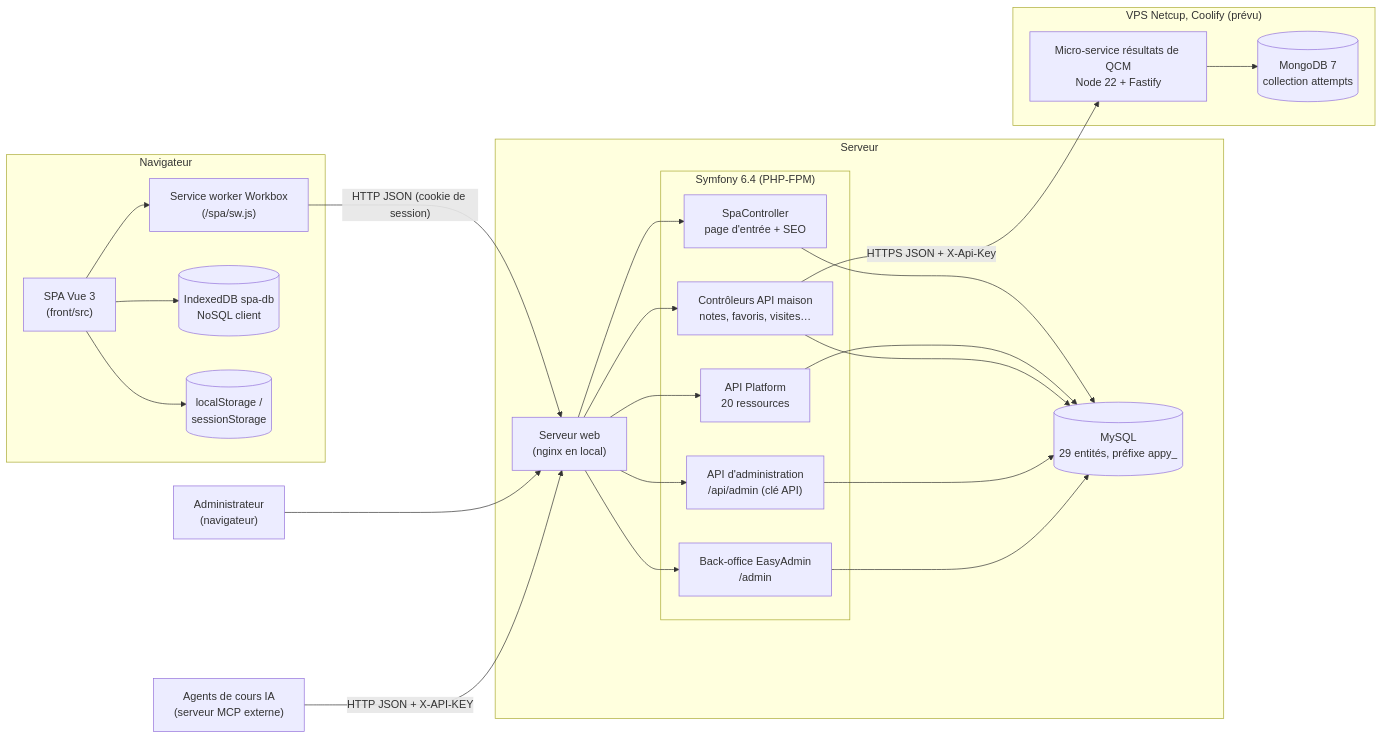
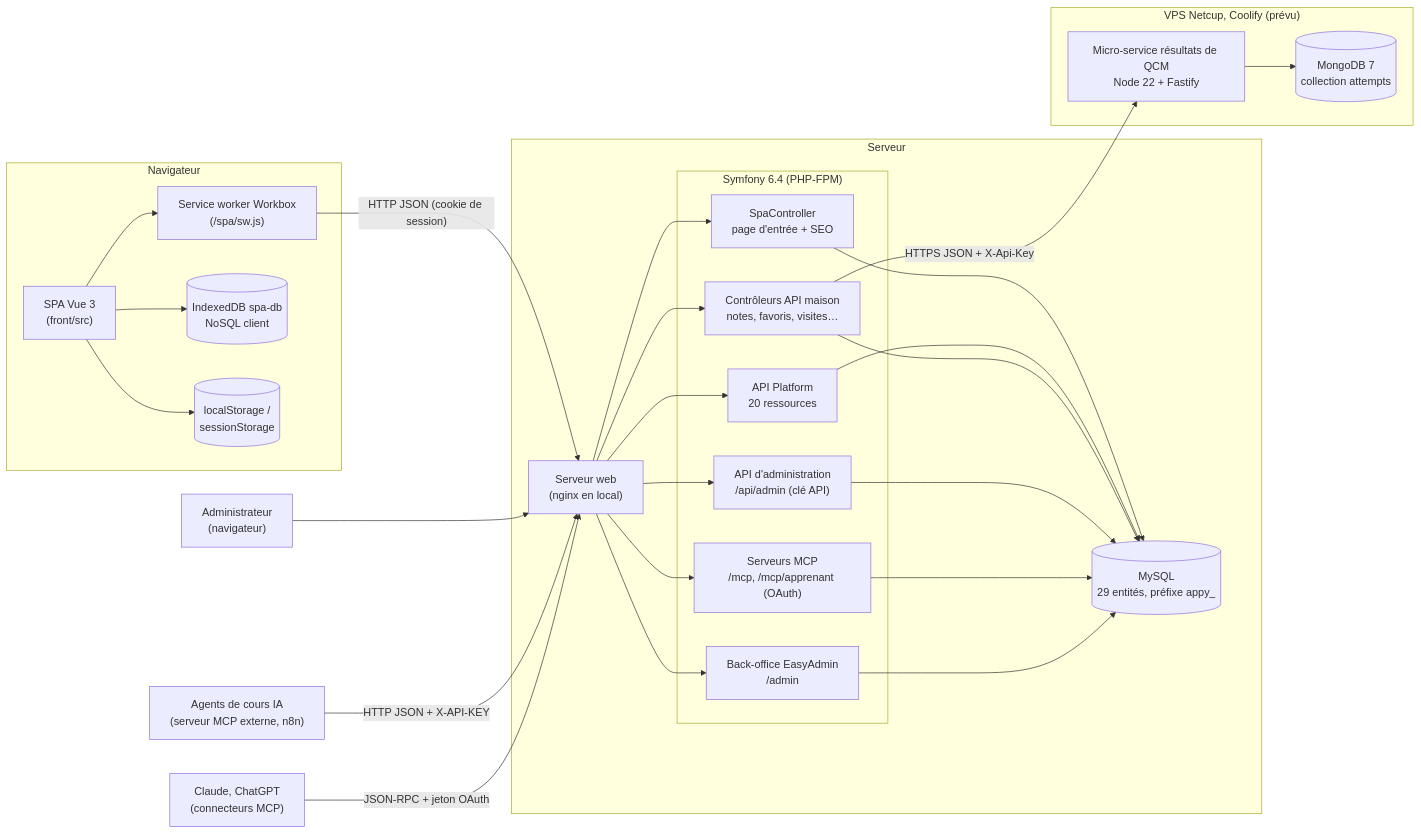
Before and after one commit to cundovar/vue-symfony: the first of 6 diagrams in docs/conception/architecture.md, drawn with Mermaid. The commit also changed other lines of this file and 141 other files, not shown here.

````diff
--- a/docs/conception/architecture.md
+++ b/docs/conception/architecture.md
@@ -13,40 +13,43 @@
 ```mermaid
 flowchart LR
   subgraph Navigateur
     SPA["SPA Vue 3<br/>(front/src)"]
     SW["Service worker Workbox<br/>(/spa/sw.js)"]
     IDB[("IndexedDB spa-db<br/>NoSQL client")]
     LS[("localStorage /<br/>sessionStorage")]
     SPA --> SW
     SPA --> IDB
     SPA --> LS
   end
 
   Admin["Administrateur<br/>(navigateur)"]
-  Agent["Agents de cours IA<br/>(serveur MCP externe)"]
+  Agent["Agents de cours IA<br/>(serveur MCP externe, n8n)"]
+  Conn["Claude, ChatGPT<br/>(connecteurs MCP)"]
 
   subgraph Serveur
     WEB["Serveur web<br/>(nginx en local)"]
     subgraph Symfony["Symfony 6.4 (PHP-FPM)"]
       SPAC["SpaController<br/>page d'entrée + SEO"]
       APIP["API Platform<br/>20 ressources"]
       CTRL["Contrôleurs API maison<br/>notes, favoris, visites…"]
       ADMAPI["API d'administration<br/>/api/admin (clé API)"]
+      MCP["Serveurs MCP<br/>/mcp, /mcp/apprenant (OAuth)"]
       EA["Back-office EasyAdmin<br/>/admin"]
     end
     DB[("MySQL<br/>29 entités, préfixe appy_")]
   end
 
   subgraph VPS["VPS Netcup, Coolify (prévu)"]
     QR["Micro-service résultats de QCM<br/>Node 22 + Fastify"]
     MG[("MongoDB 7<br/>collection attempts")]
     QR --> MG
   end
 
   SW -- "HTTP JSON (cookie de session)" --> WEB
   Admin --> WEB
   Agent -- "HTTP JSON + X-API-KEY" --> WEB
-  WEB --> SPAC & APIP & CTRL & ADMAPI & EA
-  SPAC & APIP & CTRL & ADMAPI & EA --> DB
+  Conn -- "JSON-RPC + jeton OAuth" --> WEB
+  WEB --> SPAC & APIP & CTRL & ADMAPI & MCP & EA
+  SPAC & APIP & CTRL & ADMAPI & MCP & EA --> DB
   CTRL -- "HTTPS JSON + X-Api-Key" --> QR
 ```
````
